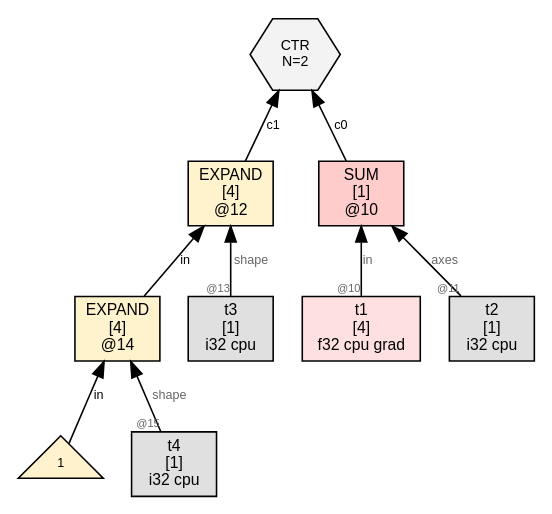
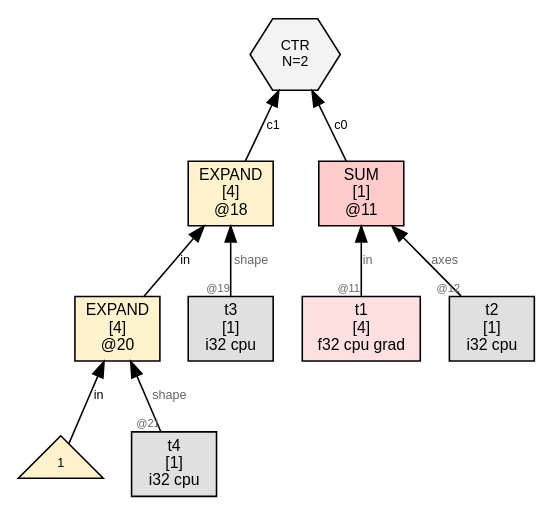
Before and after one commit to sw1sh/TinyHVM: the diagram in wl/examples/thvm_graphs/grad_rules/sum/thvm_2_post_sweep.dot, drawn with Graphviz. The commit also changed 156 other files, not shown here.

First line of the commit message:
grad: migrate mk() to UOP_GRAD2; all 50 rule tests flow through new path

```diff
--- a/wl/examples/thvm_graphs/grad_rules/sum/thvm_2_post_sweep.dot
+++ b/wl/examples/thvm_graphs/grad_rules/sum/thvm_2_post_sweep.dot
@@ -1,23 +1,23 @@
 digraph G {
   rankdir=BT;
   node [fontname="Helvetica", fontsize=10, style=filled, shape=box, margin="0.1,0.05"];
   edge [fontsize=8, fontname="Helvetica"];
 
-  n10 [label="SUM\n[1]\n@10", shape=box, fillcolor="#ffcccc"];
+  n11 [label="SUM\n[1]\n@11", shape=box, fillcolor="#ffcccc"];
   t1 [label="t1\n[4]\nf32 cpu grad",shape=box,fillcolor="#ffe0e0"];
-  t1 -> n10 [label="in",taillabel="@10",labelfontsize=7,fontcolor="#666666"];
+  t1 -> n11 [label="in",taillabel="@11",labelfontsize=7,fontcolor="#666666"];
   t2 [label="t2\n[1]\ni32 cpu",shape=box,fillcolor="#e0e0e0"];
-  t2 -> n10 [label="axes",taillabel="@11",labelfontsize=7,fontcolor="#666666"];
-  n12 [label="EXPAND\n[4]\n@12", shape=box, fillcolor="#fff3cd"];
-  n14 -> n12 [label="in"];
+  t2 -> n11 [label="axes",taillabel="@12",labelfontsize=7,fontcolor="#666666"];
+  n18 [label="EXPAND\n[4]\n@18", shape=box, fillcolor="#fff3cd"];
+  n20 -> n18 [label="in"];
   t3 [label="t3\n[1]\ni32 cpu",shape=box,fillcolor="#e0e0e0"];
-  t3 -> n12 [label="shape",taillabel="@13",labelfontsize=7,fontcolor="#666666"];
-  ctr6 [label="CTR\nN=2", shape=hexagon, fillcolor="#f3f3f3", fontsize=9];
-  n10 -> ctr6 [label="c0"];
-  n12 -> ctr6 [label="c1"];
-  n14 [label="EXPAND\n[4]\n@14", shape=box, fillcolor="#fff3cd"];
-  num14_0 [label="1",shape=triangle,fillcolor="#fff2cc",fontsize=8];
-  num14_0 -> n14 [label="in"];
+  t3 -> n18 [label="shape",taillabel="@19",labelfontsize=7,fontcolor="#666666"];
+  ctr8 [label="CTR\nN=2", shape=hexagon, fillcolor="#f3f3f3", fontsize=9];
+  n11 -> ctr8 [label="c0"];
+  n18 -> ctr8 [label="c1"];
+  n20 [label="EXPAND\n[4]\n@20", shape=box, fillcolor="#fff3cd"];
+  num20_0 [label="1",shape=triangle,fillcolor="#fff2cc",fontsize=8];
+  num20_0 -> n20 [label="in"];
   t4 [label="t4\n[1]\ni32 cpu",shape=box,fillcolor="#e0e0e0"];
-  t4 -> n14 [label="shape",taillabel="@15",labelfontsize=7,fontcolor="#666666"];
+  t4 -> n20 [label="shape",taillabel="@21",labelfontsize=7,fontcolor="#666666"];
 }
```
